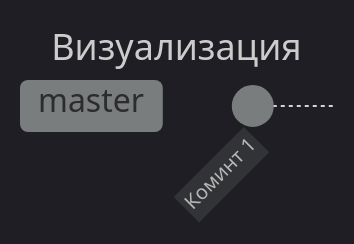
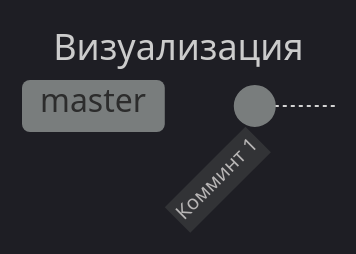
One commit to PWFoox/PWFoox_Wiki changed the first of 11 diagrams in docs/Глава 2/2.2 Пример работы с локальным Git.md. Above: the diagram before and after it, drawn with Mermaid. The commit also changed other lines of this file and 9 other files, not shown here.

````diff
--- a/docs/Глава 2/2.2 Пример работы с локальным Git.md
+++ b/docs/Глава 2/2.2 Пример работы с локальным Git.md
@@ -55,8 +55,8 @@
 ```mermaid
 ---
 title: Визуализация
 ---
 %%{init: {'gitGraph':{'mainBranchName': 'master'}, 'theme': 'dark'}}%%
 gitGraph
-   commit id: "Коминт 1"
+   commit id: "Комминт 1"
 ```
````
